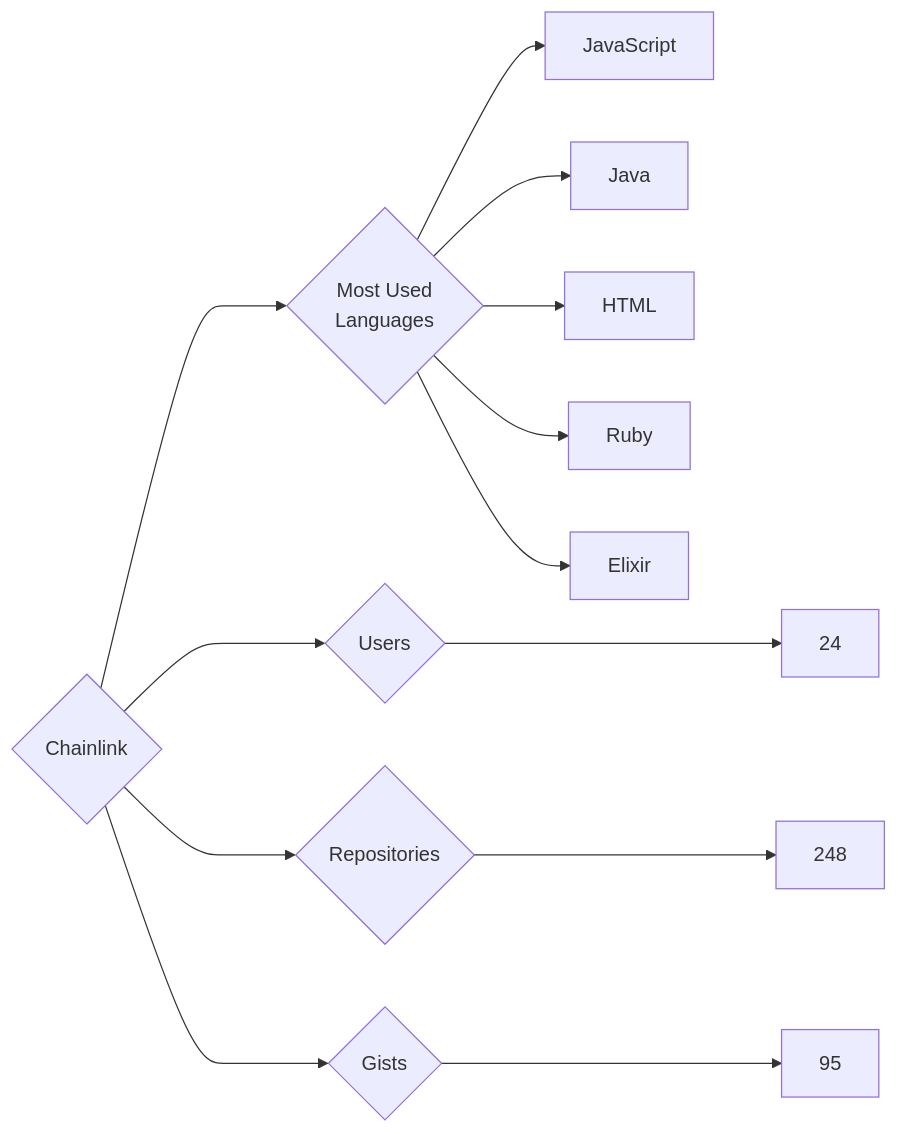
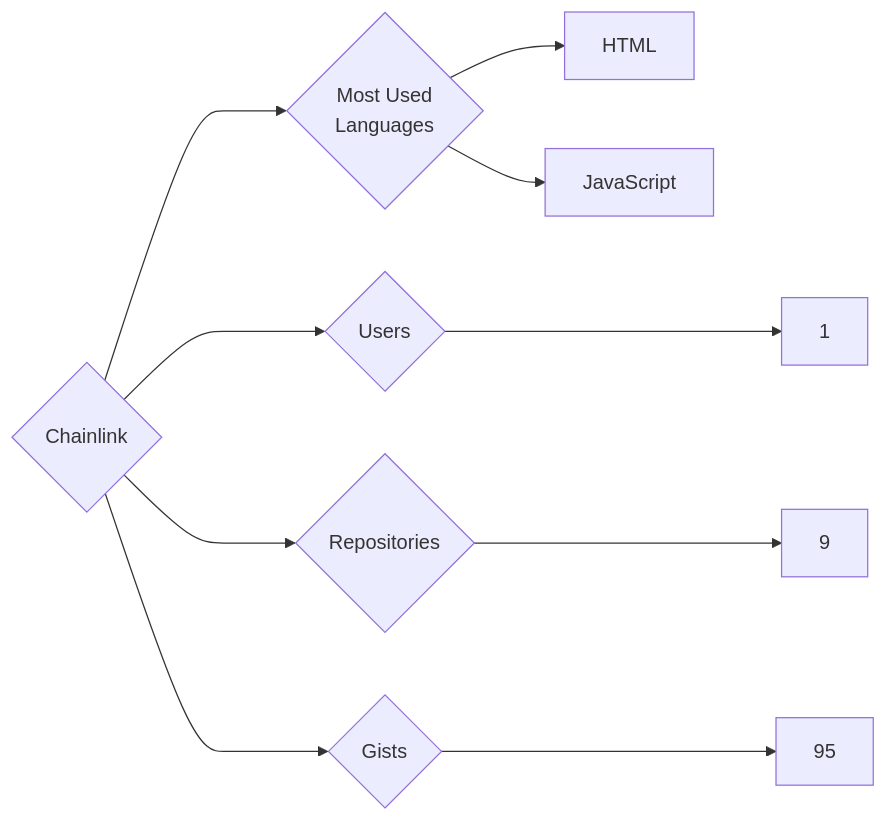
The diagram in targets/Chainlink/README.md (trickest/insiders), drawn with Mermaid before and after one commit. The commit also changed 891 other files, not shown here.

````diff
--- a/targets/Chainlink/README.md
+++ b/targets/Chainlink/README.md
@@ -3,13 +3,10 @@
 ```mermaid
 graph LR
 COMPANY_NAME{Chainlink}
-COMPANY_NAME ---> U{Users} ---> UN[24]
-COMPANY_NAME ---> R{Repositories} ---> RN[248]
+COMPANY_NAME ---> U{Users} ---> UN[1]
+COMPANY_NAME ---> R{Repositories} ---> RN[9]
 COMPANY_NAME ---> G{Gists} ---> GN[95]
 COMPANY_NAME ---> ML{Most Used<br>Languages}
+ML --> HTML[HTML]
 ML --> JavaScript[JavaScript]
-ML --> Java[Java]
-ML --> HTML[HTML]
-ML --> Ruby[Ruby]
-ML --> Elixir[Elixir]
 ```
````
